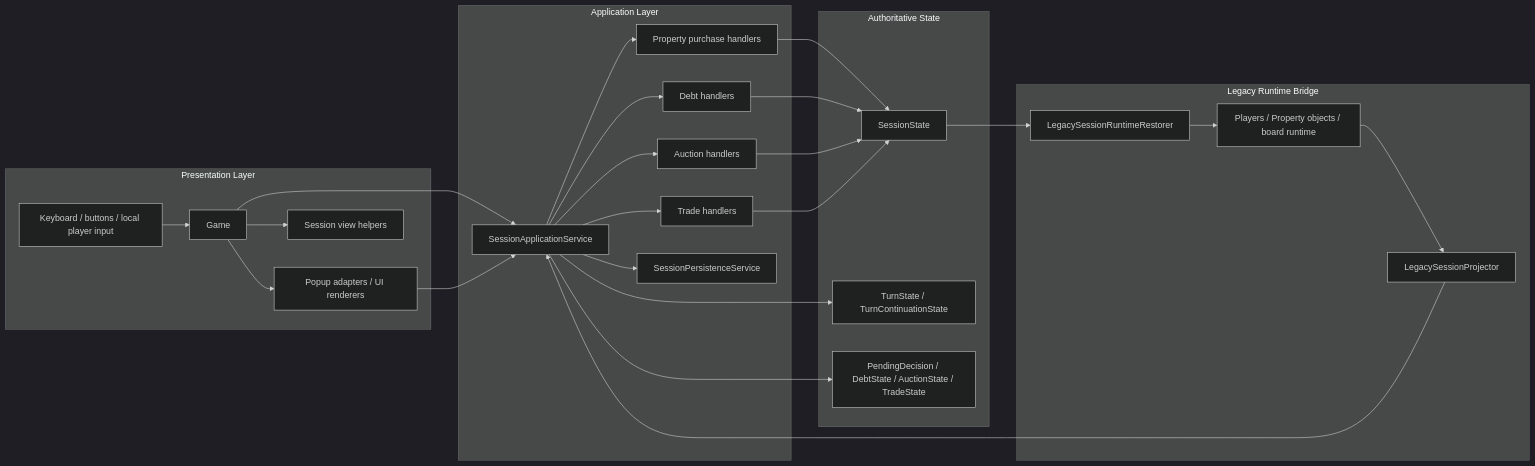
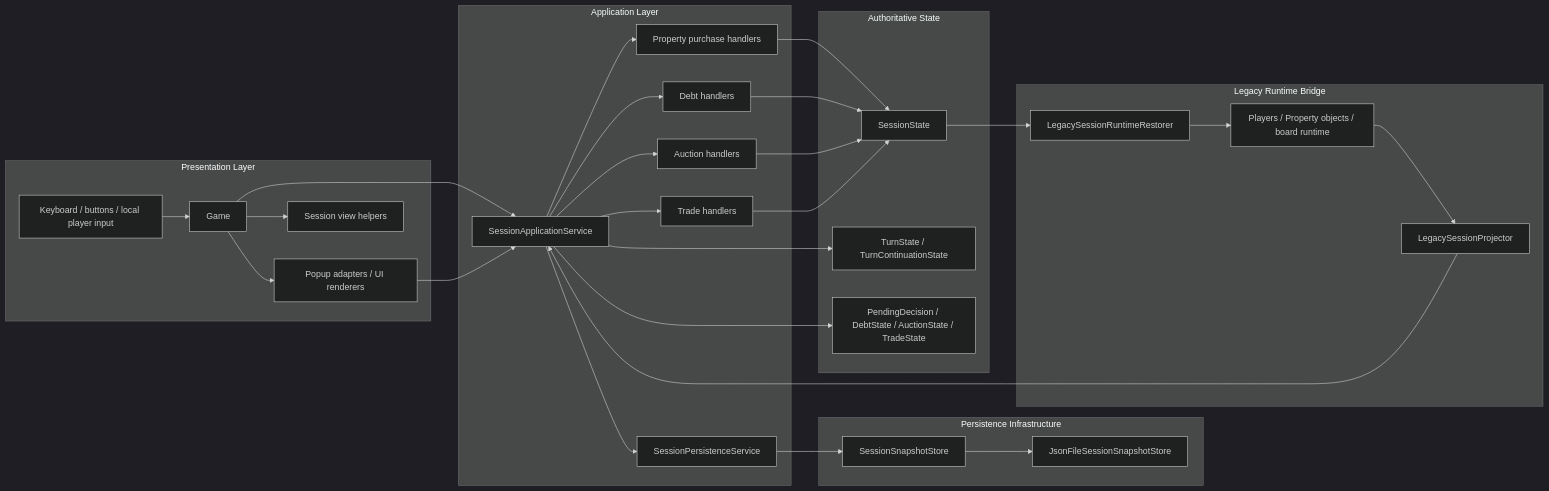
Before and after one commit to Jukkakot/MonopolyApp: the second of 5 diagrams in docs/architecture-overview-diagrams.md, drawn with Mermaid (dark theme). The commit also changed other lines of this file and 5 other files, not shown here.

Commit message:
Extract snapshot store interface

````diff
--- a/docs/architecture-overview-diagrams.md
+++ b/docs/architecture-overview-diagrams.md
@@ -45,51 +45,58 @@
 ```mermaid
 flowchart LR
     subgraph Presentation[Presentation Layer]
         GAME[Game]
         POPUPS[Popup adapters / UI renderers]
         VIEW[Session view helpers]
         LOCALINPUT[Keyboard / buttons / local player input]
     end
 
     subgraph Application[Application Layer]
         APP[SessionApplicationService]
         PURCHASE[Property purchase handlers]
         DEBT[Debt handlers]
         AUCTION[Auction handlers]
         TRADE[Trade handlers]
         PERSIST[SessionPersistenceService]
+    end
+
+    subgraph PersistenceInfra[Persistence Infrastructure]
+        STORE[SessionSnapshotStore]
+        JSON[JsonFileSessionSnapshotStore]
     end
 
     subgraph Domain[Authoritative State]
         SESSION[SessionState]
         TURN[TurnState / TurnContinuationState]
         SUBSYSTEMS[PendingDecision / DebtState / AuctionState / TradeState]
     end
 
     subgraph LegacyBridge[Legacy Runtime Bridge]
         PROJECTOR[LegacySessionProjector]
         RESTORER[LegacySessionRuntimeRestorer]
         LEGACY[Players / Property objects / board runtime]
     end
 
     LOCALINPUT --> GAME
     GAME --> POPUPS
     GAME --> VIEW
     GAME --> APP
     POPUPS --> APP
     APP --> PURCHASE
     APP --> DEBT
     APP --> AUCTION
     APP --> TRADE
     APP --> PERSIST
     PURCHASE --> SESSION
     DEBT --> SESSION
     AUCTION --> SESSION
     TRADE --> SESSION
     APP --> TURN
     APP --> SUBSYSTEMS
+    PERSIST --> STORE
+    STORE --> JSON
     PROJECTOR --> APP
     RESTORER --> LEGACY
     LEGACY --> PROJECTOR
     SESSION --> RESTORER
 ```
````
